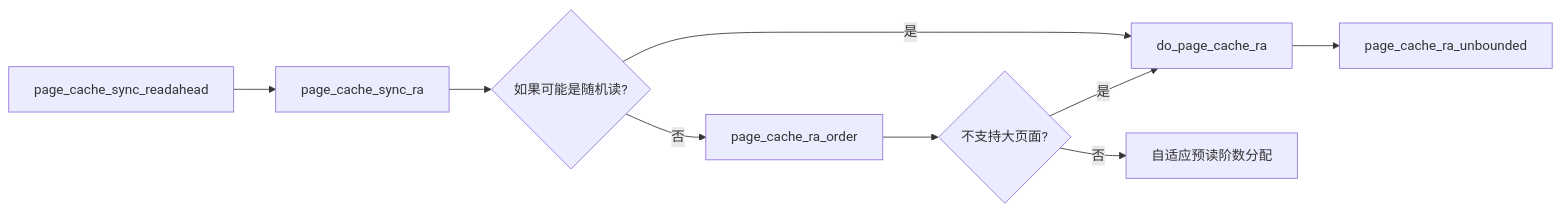
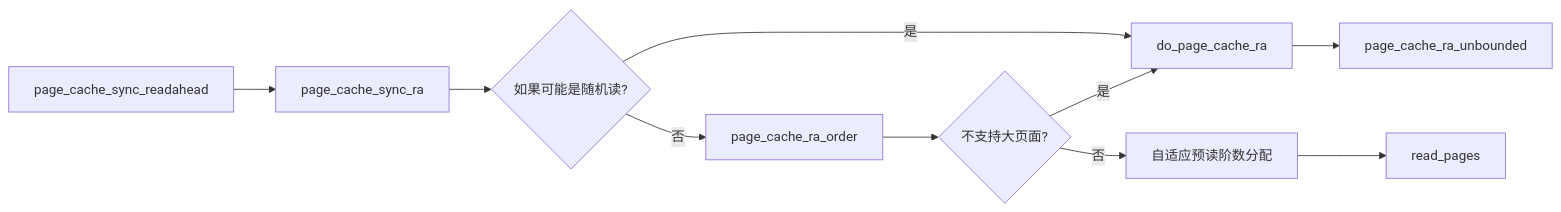
The second of 3 diagrams in 6.13.1内核文档注释/mm/filemap.c/README.md (sigmanature/learn_os_note), drawn with Mermaid before and after one commit. The commit also changed other lines of this file and 4 other files, not shown here.

````diff
--- a/6.13.1内核文档注释/mm/filemap.c/README.md
+++ b/6.13.1内核文档注释/mm/filemap.c/README.md
@@ -27,11 +27,12 @@
 ```mermaid
 graph LR
 A[page_cache_sync_readahead]-->B[page_cache_sync_ra]-->C{如果可能是随机读?}
 C--是-->E[do_page_cache_ra]-->G[page_cache_ra_unbounded]
 C--否-->F[page_cache_ra_order]-->H{不支持大页面?}--是-->E
-H--否-->I[自适应预读阶数分配]
+H--否-->I[自适应预读阶数分配]-->J[read_pages]
 click E "https://github.com/sigmanature/learn_os_note/blob/main/6.13.1%E5%86%85%E6%A0%B8%E6%96%87%E6%A1%A3%E6%B3%A8%E9%87%8A/mm/readahead.c/readahead_funcs.md"
-click F "https://github.com/sigmanature/learn_os_note/blob/main/6.13.1%E5%86%85%E6%A0%B8%E6%96%87%E6%A1%A3%E6%B3%A8%E9%87%8A/mm/readahead.c/pade_cache_ra_order.md"
+click F "https://github.com/sigmanature/learn_os_note/blob/main/6.13.1%E5%86%85%E6%A0%B8%E6%96%87%E6%A1%A3%E6%B3%A8%E9%87%8A/mm/readahead.c/page_cache_ra_order.md"
 click B "https://github.com/sigmanature/learn_os_note/blob/main/6.13.1%E5%86%85%E6%A0%B8%E6%96%87%E6%A1%A3%E6%B3%A8%E9%87%8A/mm/readahead.c/readahead_funcs.md"
 click G "https://github.com/sigmanature/learn_os_note/blob/main/6.13.1%E5%86%85%E6%A0%B8%E6%96%87%E6%A1%A3%E6%B3%A8%E9%87%8A/mm/readahead.c/readahead_funcs.md"
+click J "https://github.com/sigmanature/learn_os_note/blob/main/6.13.1%E5%86%85%E6%A0%B8%E6%96%87%E6%A1%A3%E6%B3%A8%E9%87%8A/mm/readahead.c/read_pages.md"
 ```
````
